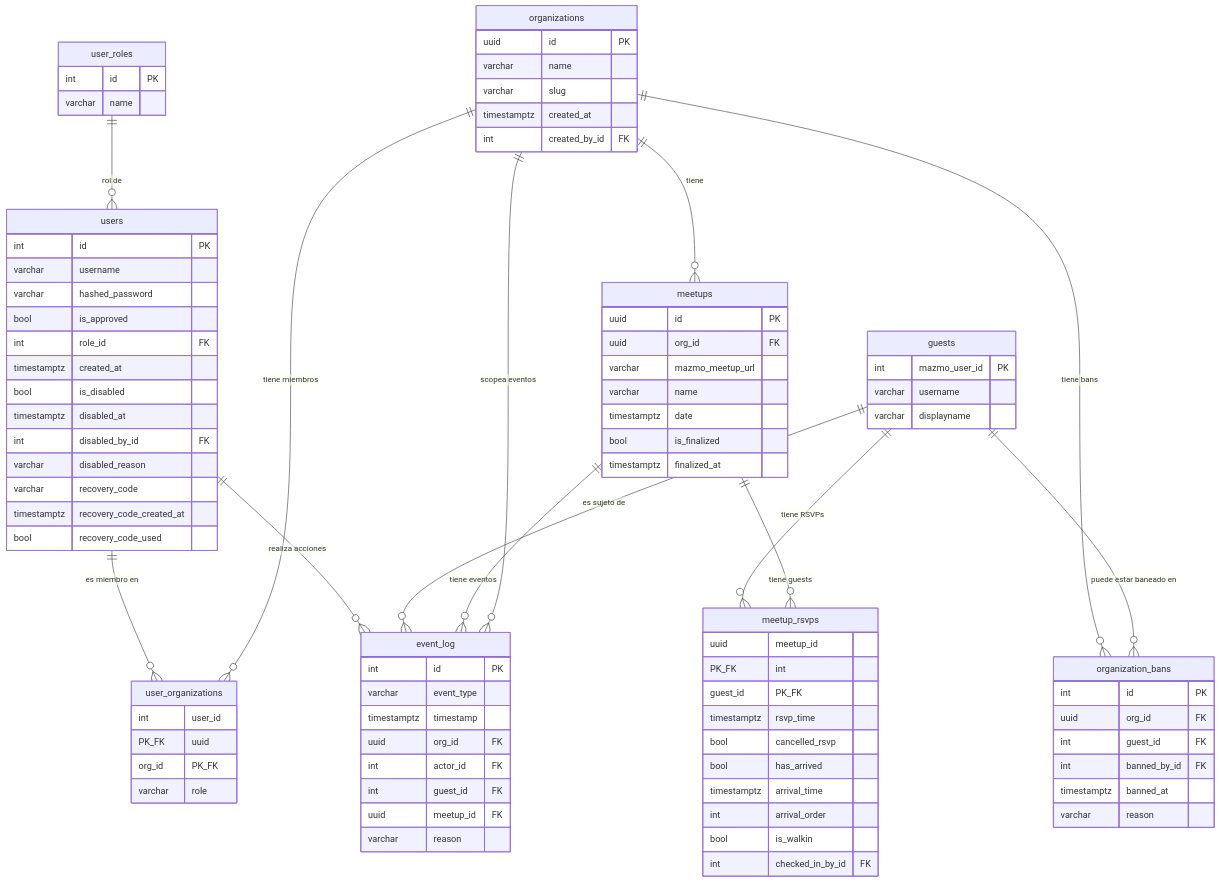
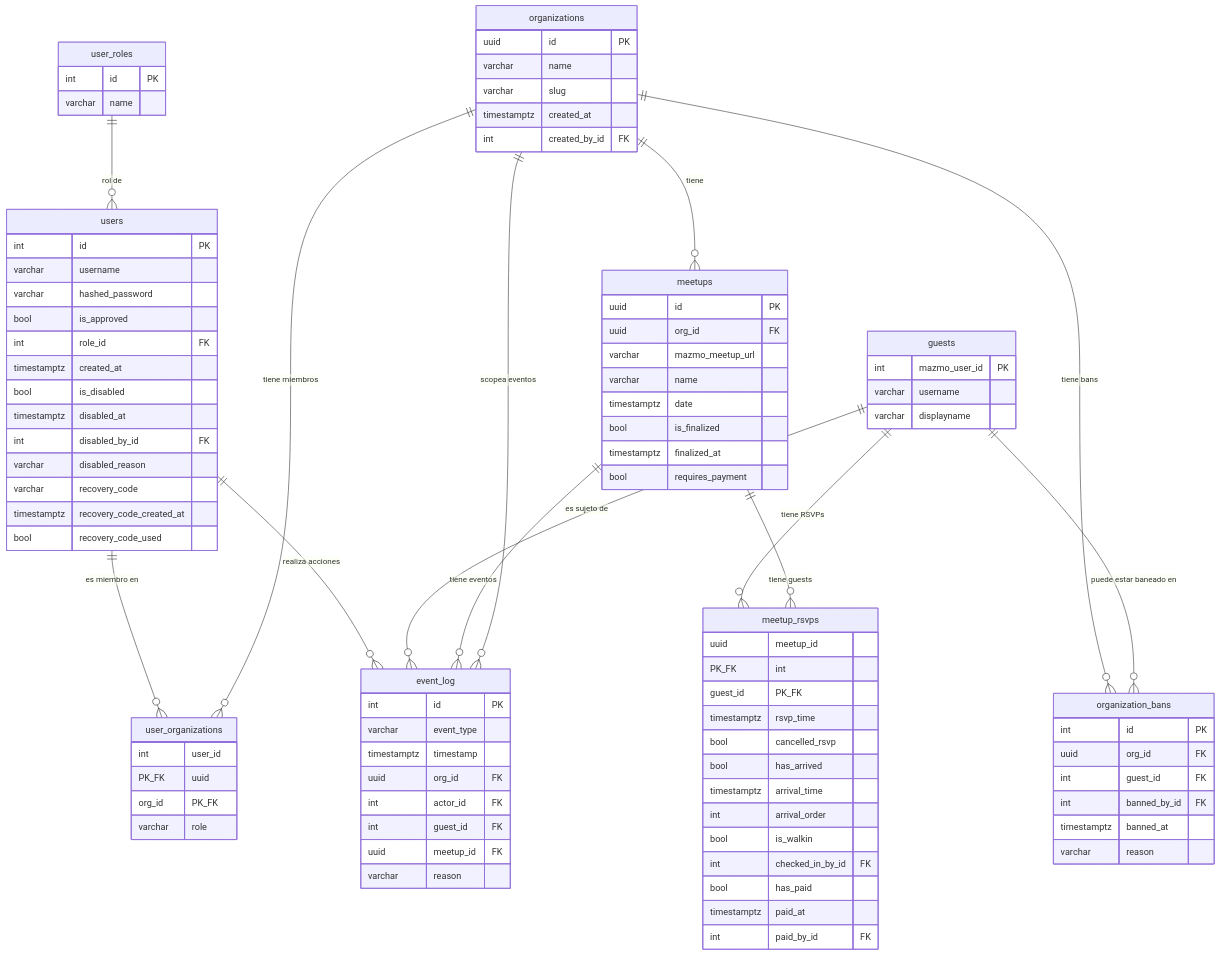
The diagram in docs/technical/database-schema.md (club-vanta/docs), drawn with Mermaid before and after one commit. The commit also changed other lines of this file and 6 other files, not shown here.

```diff
--- a/docs/technical/database-schema.md
+++ b/docs/technical/database-schema.md
@@ -50,6 +50,7 @@
         timestamptz date
         bool is_finalized
         timestamptz finalized_at
+        bool requires_payment
     }
     meetup_rsvps {
         uuid meetup_id PK_FK
@@ -61,6 +62,9 @@
         int arrival_order
         bool is_walkin
         int checked_in_by_id FK
+        bool has_paid
+        timestamptz paid_at
+        int paid_by_id FK
     }
     organization_bans {
         int id PK
```
